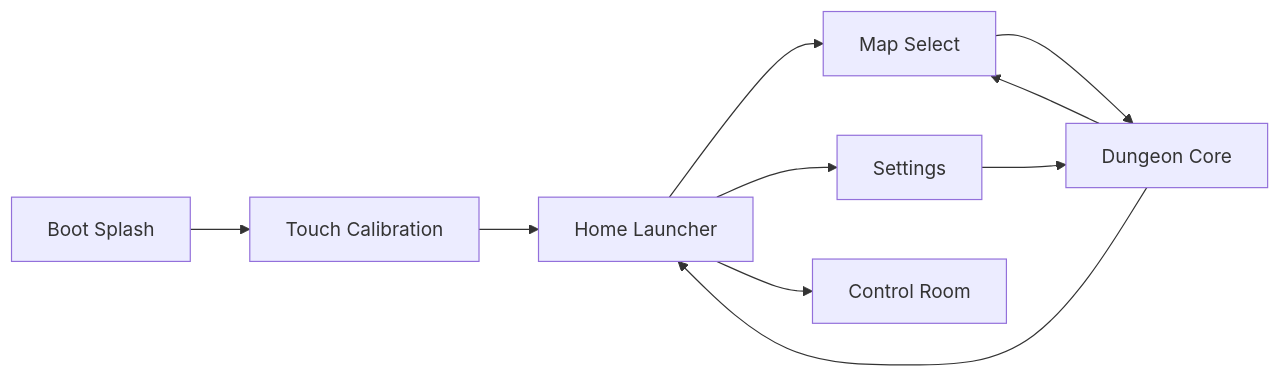
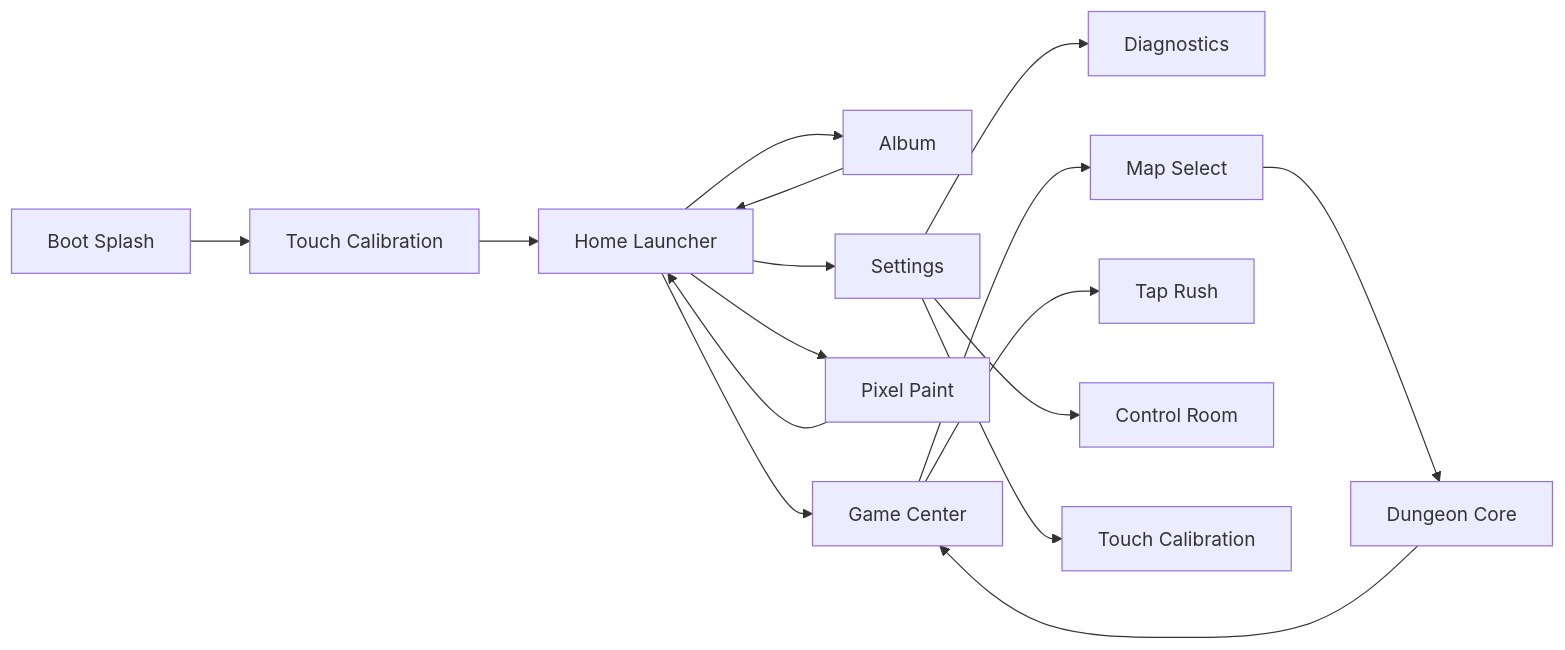
The diagram in README.md (IvesLiu1026/FinalProject_RustMiniOS), drawn with Mermaid before and after one commit. The commit also changed other lines of this file and 139 other files, not shown here.

````diff
--- a/README.md
+++ b/README.md
@@ -56,12 +63,18 @@
 ```mermaid
 flowchart LR
     A["Boot Splash"] --> B["Touch Calibration"]
     B --> C["Home Launcher"]
-    C --> D["Map Select"]
-    C --> E["Settings"]
-    C --> F["Control Room"]
-    D --> G["Dungeon Core"]
-    E --> G
-    G --> D
-    G --> C
+    C --> D["Album"]
+    C --> E["Game Center"]
+    C --> F["Pixel Paint"]
+    C --> G["Settings"]
+    G --> M["Diagnostics"]
+    E --> H["Map Select"]
+    E --> I["Tap Rush"]
+    H --> J["Dungeon Core"]
+    G --> K["Control Room"]
+    G --> L["Touch Calibration"]
+    J --> E
+    D --> C
+    F --> C
 ```
````
